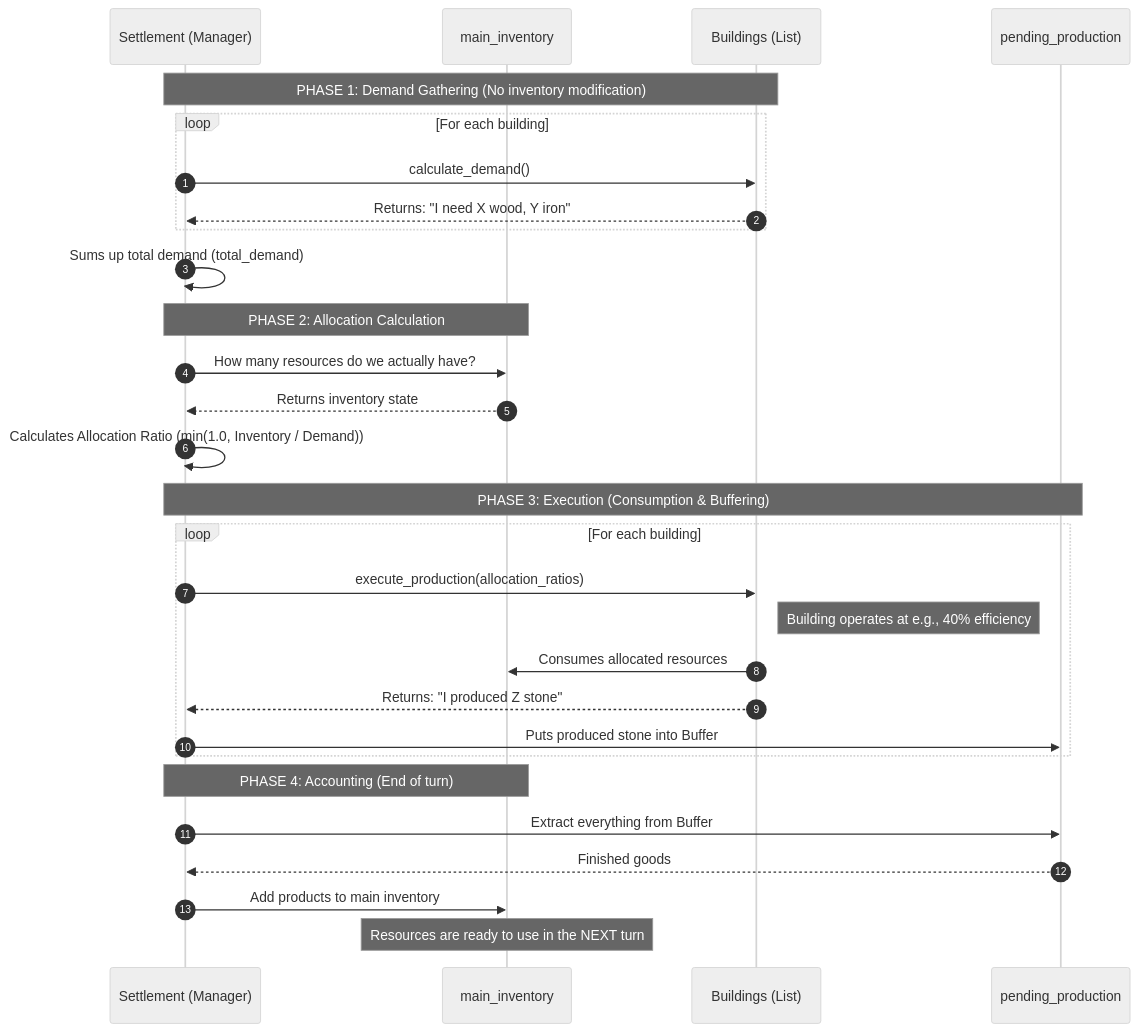
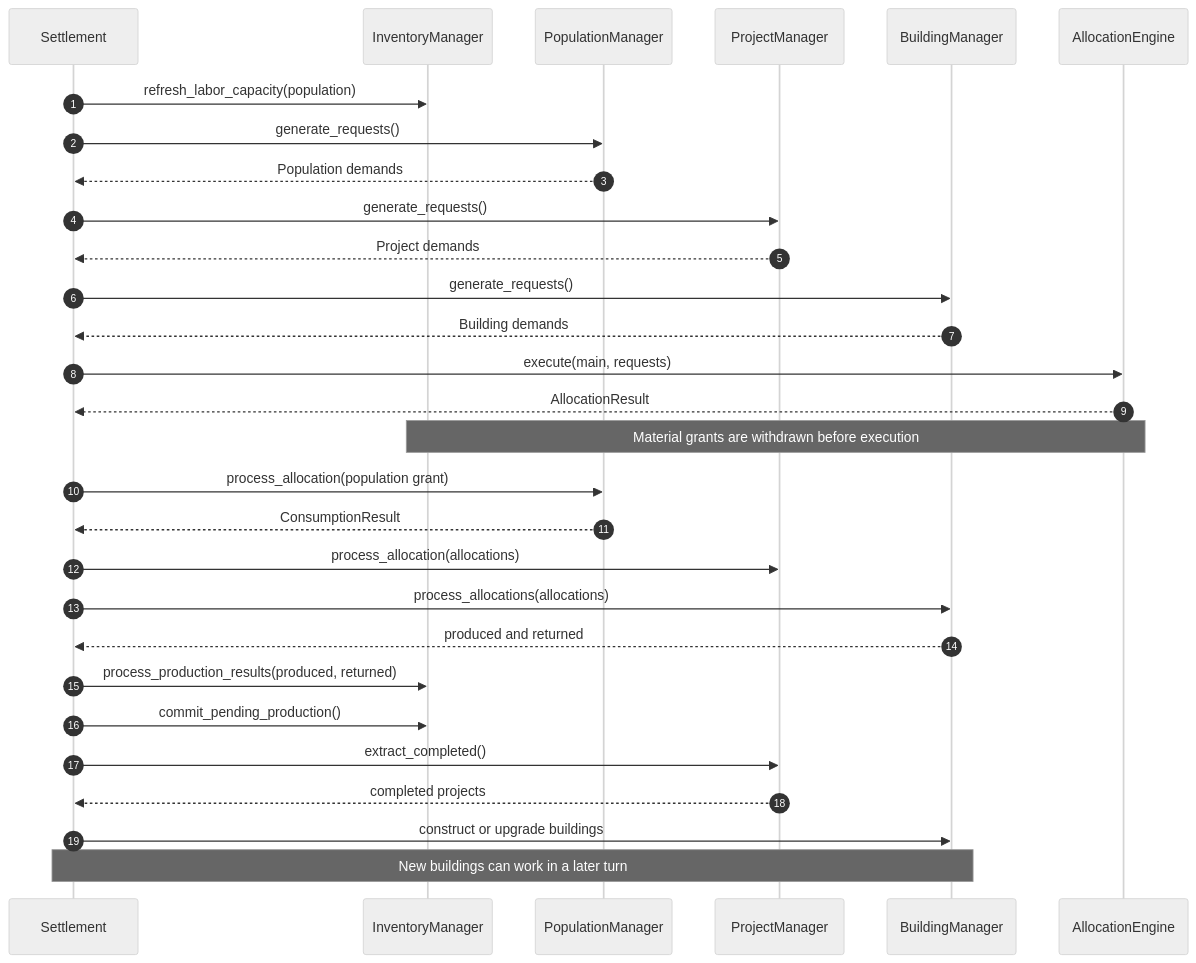
Before and after one commit to KMaksymilian/marl-grand-strategy-game: the second of 2 diagrams in docs/architecture/settlements.md, drawn with Mermaid (neutral theme). The commit also changed other lines of this file and 5 other files, not shown here.

````diff
--- a/docs/architecture/settlements.md
+++ b/docs/architecture/settlements.md
@@ -161,35 +81,31 @@
 ```mermaid
 sequenceDiagram
     autonumber
-    participant S as Settlement (Manager)
-    participant I as main_inventory
-    participant B as Buildings (List)
-    participant P as pending_production
-
-    Note over S, B: PHASE 1: Demand Gathering (No inventory modification)
-    loop For each building
-        S->>B: calculate_demand()
-        B-->>S: Returns: "I need X wood, Y iron"
-    end
-    S->>S: Sums up total demand (total_demand)
-
-    Note over S, I: PHASE 2: Allocation Calculation
-    S->>I: How many resources do we actually have?
-    I-->>S: Returns inventory state
-    S->>S: Calculates Allocation Ratio (min(1.0, Inventory / Demand))
-
-    Note over S, P: PHASE 3: Execution (Consumption & Buffering)
-    loop For each building
-        S->>B: execute_production(allocation_ratios)
-        Note right of B: Building operates at e.g., 40% efficiency
-        B->>I: Consumes allocated resources
-        B-->>S: Returns: "I produced Z stone"
-        S->>P: Puts produced stone into Buffer
-    end
-
-    Note over S, I: PHASE 4: Accounting (End of turn)
-    S->>P: Extract everything from Buffer
-    P-->>S: Finished goods
-    S->>I: Add products to main inventory
-    Note over I: Resources are ready to use in the NEXT turn
+    participant S as Settlement
+    participant I as InventoryManager
+    participant P as PopulationManager
+    participant Q as ProjectManager
+    participant B as BuildingManager
+    participant A as AllocationEngine
+    S->>I: refresh_labor_capacity(population)
+    S->>P: generate_requests()
+    P-->>S: Population demands
+    S->>Q: generate_requests()
+    Q-->>S: Project demands
+    S->>B: generate_requests()
+    B-->>S: Building demands
+    S->>A: execute(main, requests)
+    A-->>S: AllocationResult
+    Note over A,I: Material grants are withdrawn before execution
+    S->>P: process_allocation(population grant)
+    P-->>S: ConsumptionResult
+    S->>Q: process_allocation(allocations)
+    S->>B: process_allocations(allocations)
+    B-->>S: produced and returned
+    S->>I: process_production_results(produced, returned)
+    S->>I: commit_pending_production()
+    S->>Q: extract_completed()
+    Q-->>S: completed projects
+    S->>B: construct or upgrade buildings
+    Note over S,B: New buildings can work in a later turn
 ```
````
